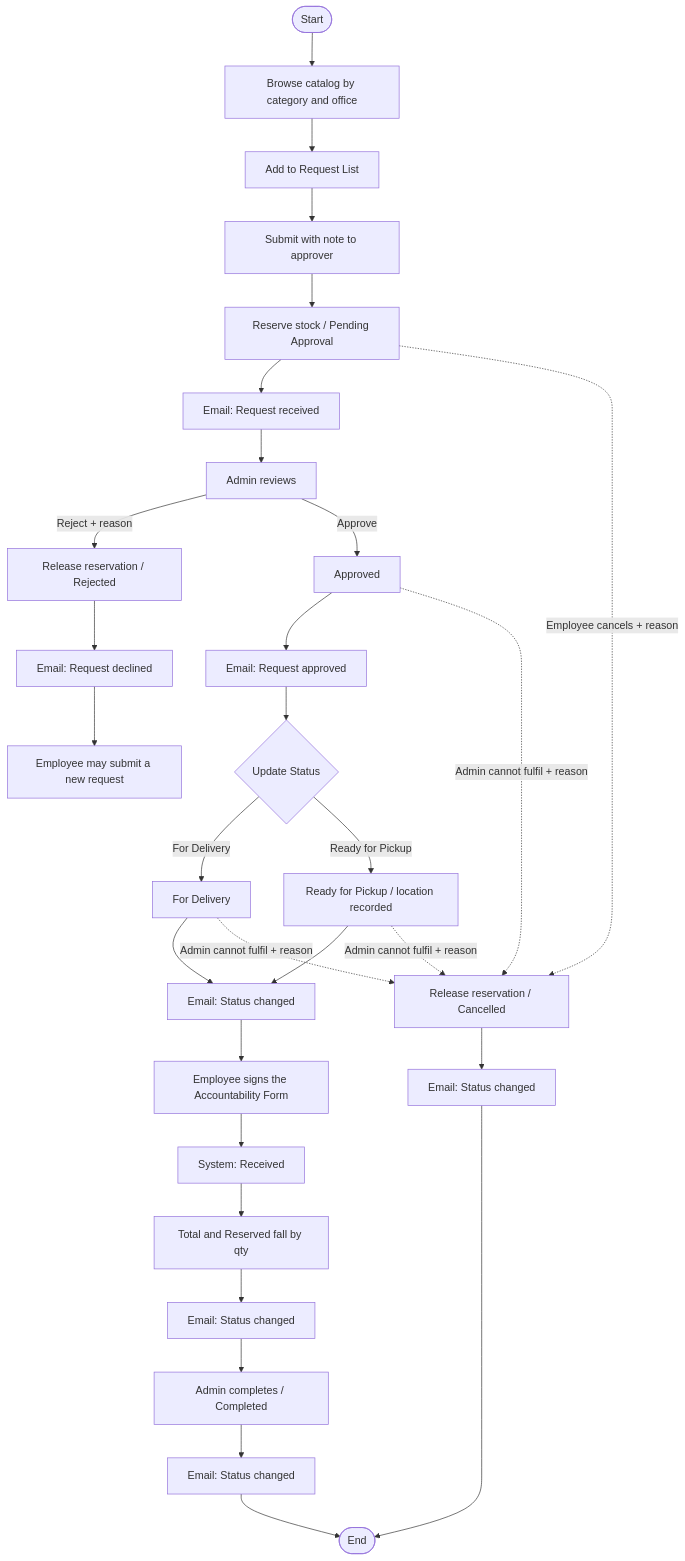
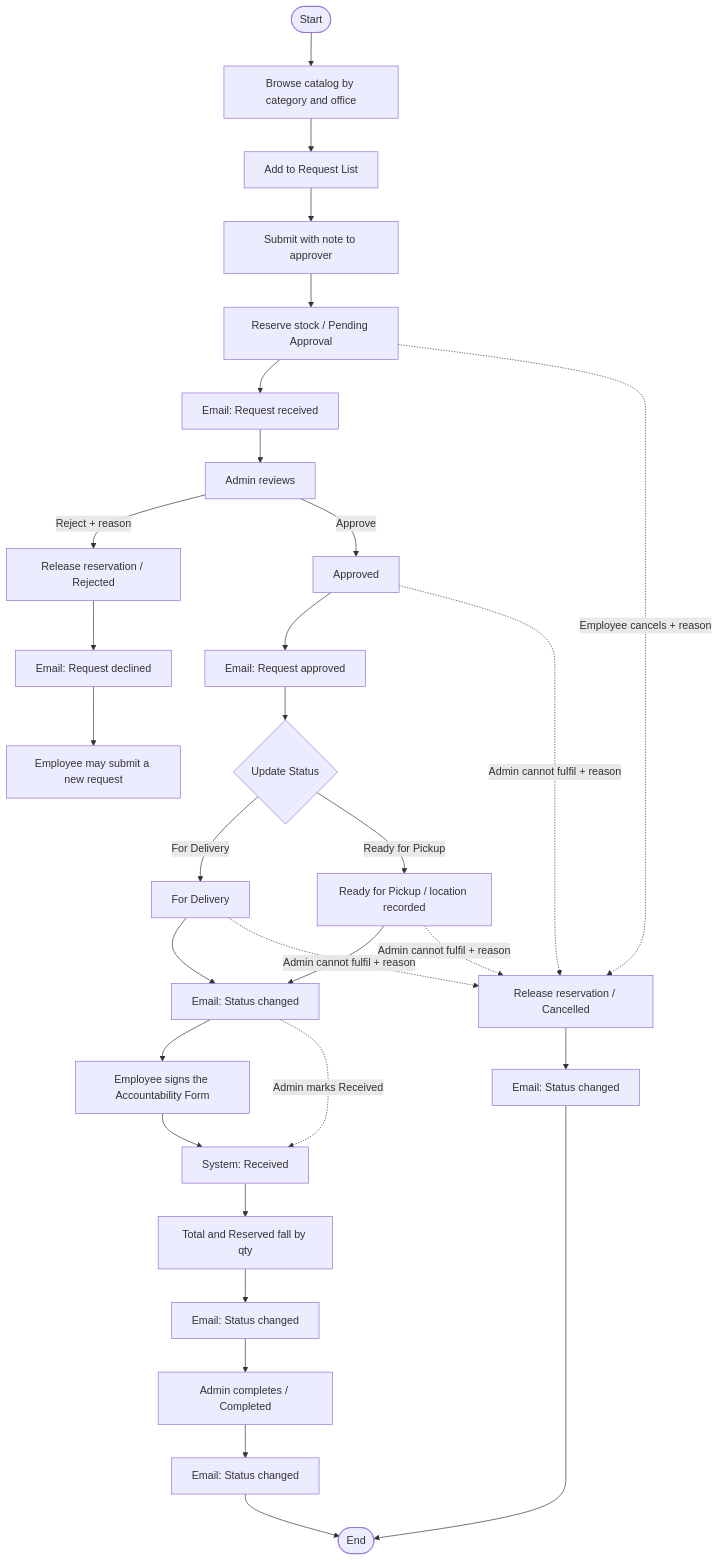
The diagram in docs/process-flow.md (CoDev-Bench-Team/CoDev-OSRS), drawn with Mermaid before and after one commit. The commit also changed other lines of this file and 21 other files, not shown here.

First line of the commit message:
feat(requests): Admin marks Received from Update Status, behind a confirmation (BEN-47)

````diff
--- a/docs/process-flow.md
+++ b/docs/process-flow.md
@@ -263,33 +267,34 @@
 ```mermaid
 flowchart TD
   start([Start]) --> browse[Browse catalog by category and office]
   browse --> list[Add to Request List]
   list --> submit[Submit with note to approver]
   submit --> reserve[Reserve stock / Pending Approval]
   reserve --> mail1[Email: Request received]
   mail1 --> review[Admin reviews]
   review -->|Reject + reason| rel1[Release reservation / Rejected]
   rel1 --> mailR[Email: Request declined]
   mailR --> newReq[Employee may submit a new request]
   review -->|Approve| approve[Approved]
   approve --> mailA[Email: Request approved]
   mailA --> handover{Update Status}
   handover -->|For Delivery| fd[For Delivery]
   handover -->|Ready for Pickup| fp[Ready for Pickup / location recorded]
   fd --> mailS1[Email: Status changed]
   fp --> mailS1
   mailS1 --> sign[Employee signs the Accountability Form]
   sign --> received[System: Received]
+  mailS1 -.->|Admin marks Received| received
   received --> consume[Total and Reserved fall by qty]
   consume --> mailRc[Email: Status changed]
   mailRc --> complete[Admin completes / Completed]
   complete --> mailC[Email: Status changed]
   mailC --> endNode([End])
 
   reserve -.->|Employee cancels + reason| canc[Release reservation / Cancelled]
   approve -.->|Admin cannot fulfil + reason| canc
   fd -.->|Admin cannot fulfil + reason| canc
   fp -.->|Admin cannot fulfil + reason| canc
   canc --> mailX[Email: Status changed]
   mailX --> endNode
 ```
````
